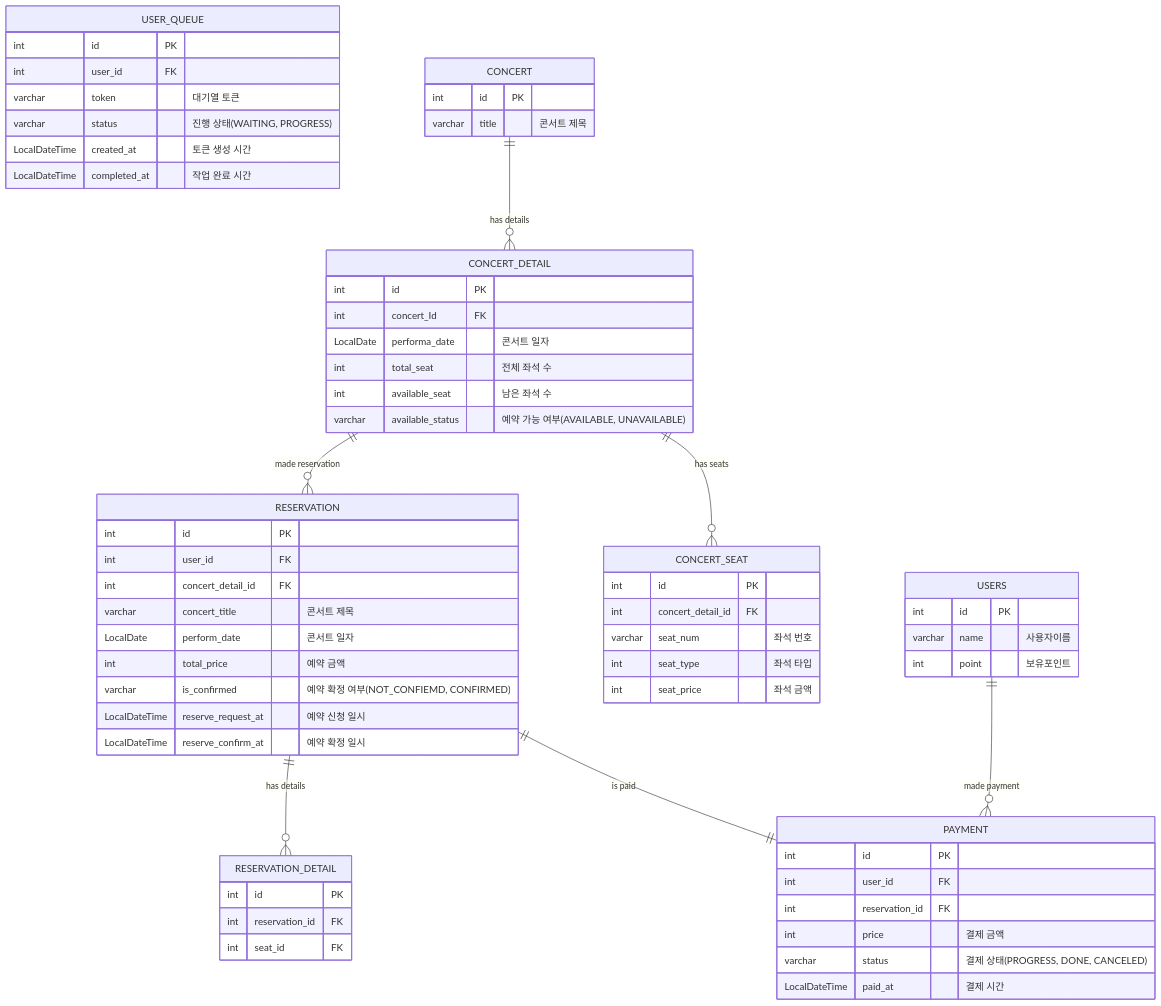
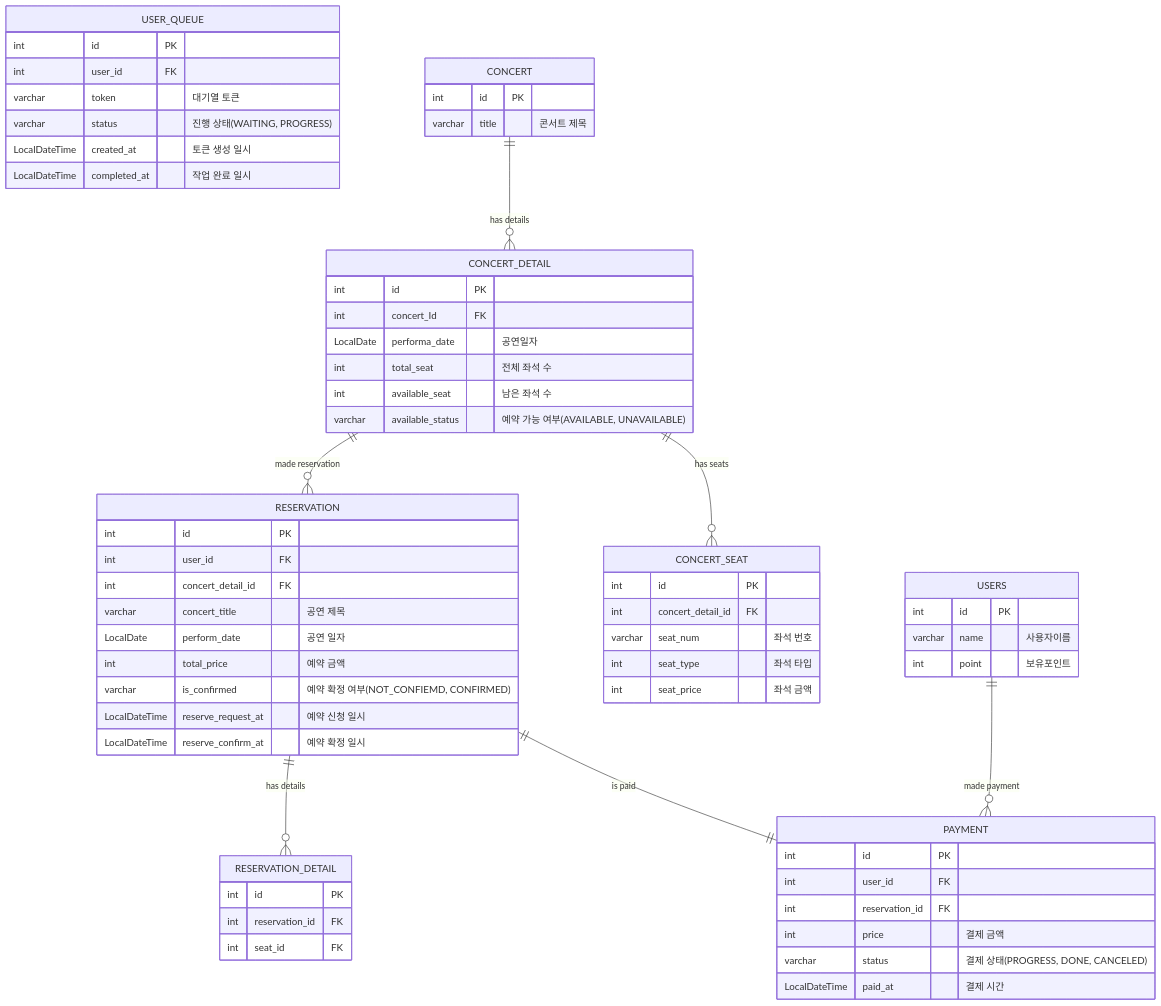
One commit to Lexyyaa/hhplus-reservation changed the diagram in reservation/doc/ERD.md. Above: the diagram before and after it, drawn with Mermaid.

````diff
--- a/reservation/doc/ERD.md
+++ b/reservation/doc/ERD.md
@@ -4,73 +4,73 @@
 ```mermaid
 erDiagram
     USERS {
         int id PK
         varchar name "사용자이름"
         int point "보유포인트"
     }
 
     USER_QUEUE {
         int id PK 
         int user_id FK
         varchar token "대기열 토큰"
         varchar status "진행 상태(WAITING, PROGRESS)"
-        LocalDateTime created_at "토큰 생성 시간"
-        LocalDateTime completed_at "작업 완료 시간"
+        LocalDateTime created_at "토큰 생성 일시"
+        LocalDateTime completed_at "작업 완료 일시"
     }
 
     CONCERT {
         int id PK
         varchar title "콘서트 제목"
     }
 
     CONCERT_DETAIL {
         int id PK
         int concert_Id FK 
-        LocalDate performa_date "콘서트 일자"
+        LocalDate performa_date "공연일자"
         int total_seat "전체 좌석 수"
         int available_seat "남은 좌석 수"
         varchar available_status "예약 가능 여부(AVAILABLE, UNAVAILABLE)"
     }
 
     CONCERT_SEAT {
         int id PK
         int concert_detail_id FK
         varchar seat_num "좌석 번호"
         int seat_type "좌석 타입"
         int seat_price "좌석 금액"
     }
 
     RESERVATION {
         int id PK
         int user_id FK
         int concert_detail_id FK
-        varchar concert_title "콘서트 제목"
-        LocalDate perform_date "콘서트 일자"
+        varchar concert_title "공연 제목"
+        LocalDate perform_date "공연 일자"
         int total_price "예약 금액"
         varchar is_confirmed "예약 확정 여부(NOT_CONFIEMD, CONFIRMED)"
         LocalDateTime reserve_request_at "예약 신청 일시"
         LocalDateTime reserve_confirm_at "예약 확정 일시"
     }
 
     RESERVATION_DETAIL {
         int id PK
         int reservation_id FK
         int seat_id FK
     }
 
     PAYMENT {
         int id PK
         int user_id FK
         int reservation_id FK
         int price "결제 금액"
         varchar status "결제 상태(PROGRESS, DONE, CANCELED)"
         LocalDateTime paid_at "결제 시간"
     }
 
     RESERVATION ||--o{ RESERVATION_DETAIL: "has details"
     RESERVATION ||--|| PAYMENT: "is paid"
     USERS ||--o{ PAYMENT: "made payment"
     CONCERT ||--o{ CONCERT_DETAIL: "has details"
     CONCERT_DETAIL ||--o{ CONCERT_SEAT: "has seats"
     CONCERT_DETAIL ||--o{ RESERVATION: "made reservation"
 ```
````
